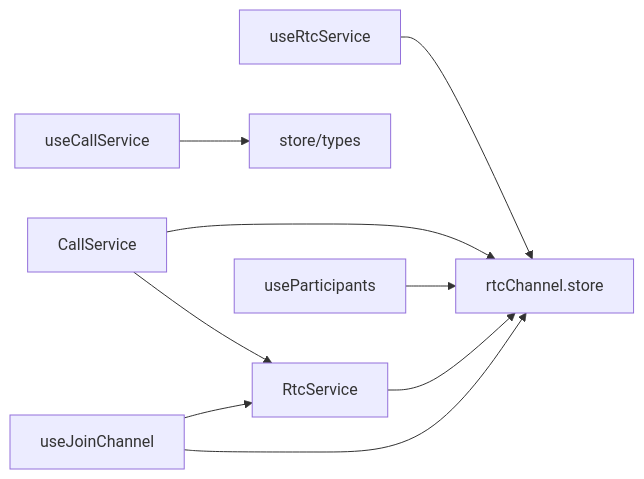
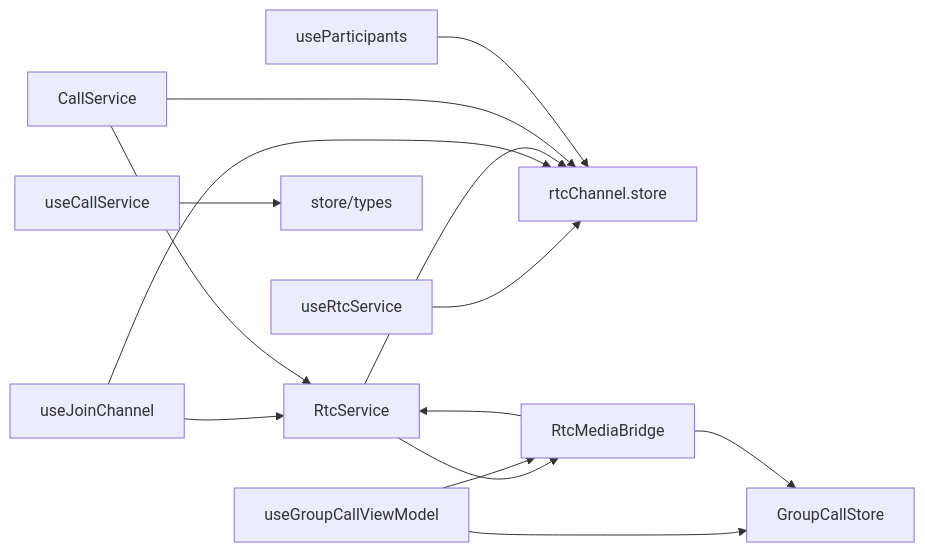
Before and after one commit to Easemob-Community/easemob-uikit-callkit-vue3: diagram 11 of 11 in .qoder/repowiki/zh/content/组合式 API/RTC 服务 API.md, drawn with Mermaid. The commit also changed other lines of this file and 54 other files, not shown here.

````diff
--- a/.qoder/repowiki/zh/content/组合式 API/RTC 服务 API.md
+++ b/.qoder/repowiki/zh/content/组合式 API/RTC 服务 API.md
@@ -395,11 +550,16 @@
 ```mermaid
 graph LR
 UR["useRtcService"] --> RCS["rtcChannel.store"]
 UJ["useJoinChannel"] --> RCS
 UJ --> RS["RtcService"]
 RS --> RCS
+RS --> RMB["RtcMediaBridge"]
 CS["CallService"] --> RS
 CS --> RCS
+GCV["useGroupCallViewModel"] --> GCS["GroupCallStore"]
+GCV --> RMB
+RMB --> RS
+RMB --> GCS
 UC["useCallService"] --> ST["store/types"]
 UP["useParticipants"] --> RCS
 ```
````
